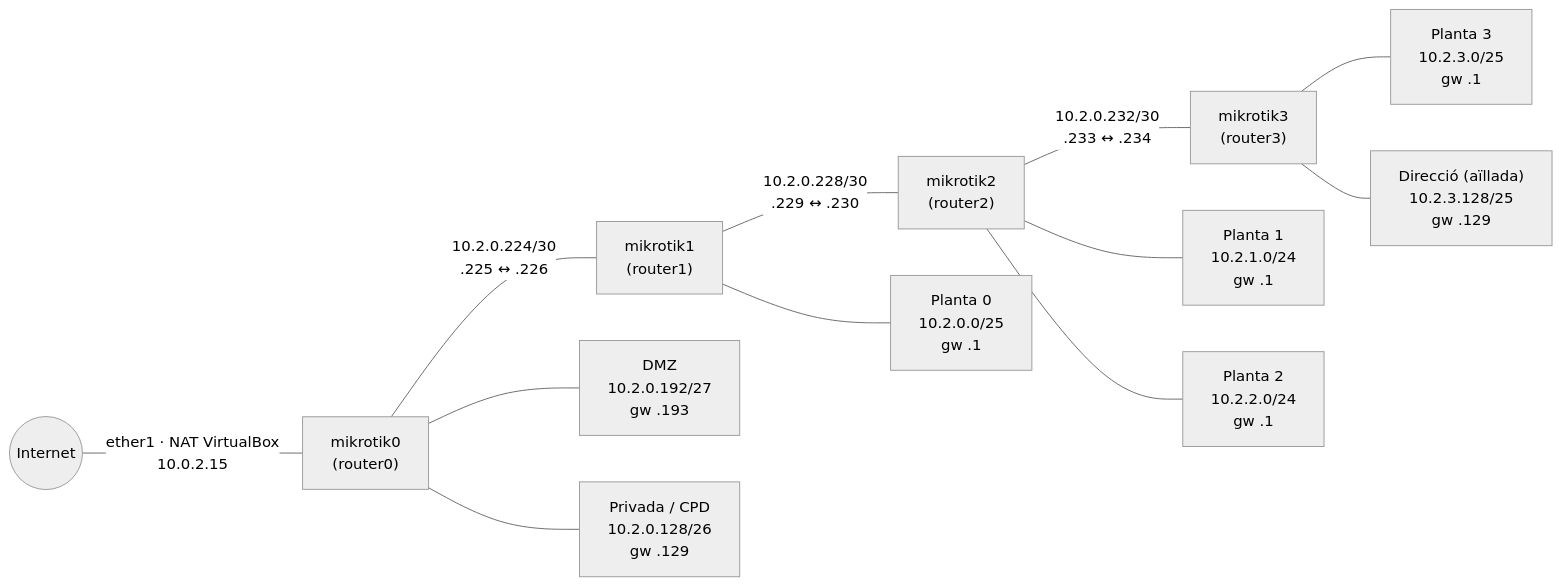
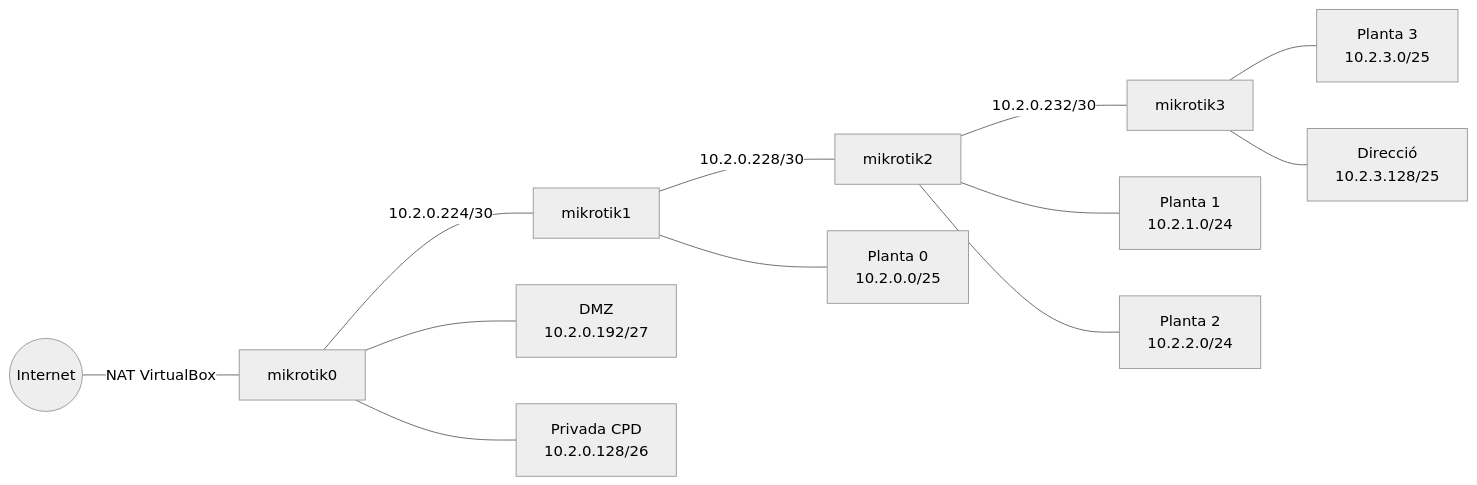
The diagram in docs/delegacio02.md (Jazh18-code/VirtualCorp), drawn with Mermaid (neutral theme) before and after one commit. The commit also changed other lines of this file and 11 other files, not shown here.

````diff
--- a/docs/delegacio02.md
+++ b/docs/delegacio02.md
@@ -45,21 +42,21 @@
 ```mermaid
 flowchart LR
     INET(("Internet"))
-    R0["mikrotik0<br/>(router0)"]
-    R1["mikrotik1<br/>(router1)"]
-    R2["mikrotik2<br/>(router2)"]
-    R3["mikrotik3<br/>(router3)"]
+    R0["mikrotik0"]
+    R1["mikrotik1"]
+    R2["mikrotik2"]
+    R3["mikrotik3"]
 
-    INET -- "ether1 · NAT VirtualBox<br/>10.0.2.15" --- R0
-    R0 -- "10.2.0.224/30<br/>.225 ↔ .226" --- R1
-    R1 -- "10.2.0.228/30<br/>.229 ↔ .230" --- R2
-    R2 -- "10.2.0.232/30<br/>.233 ↔ .234" --- R3
+    INET -- "NAT VirtualBox" --- R0
+    R0 -- "10.2.0.224/30" --- R1
+    R1 -- "10.2.0.228/30" --- R2
+    R2 -- "10.2.0.232/30" --- R3
 
-    R0 --- DMZ["DMZ<br/>10.2.0.192/27<br/>gw .193"]
-    R0 --- PRIV["Privada / CPD<br/>10.2.0.128/26<br/>gw .129"]
-    R1 --- PL0["Planta 0<br/>10.2.0.0/25<br/>gw .1"]
-    R2 --- PL1["Planta 1<br/>10.2.1.0/24<br/>gw .1"]
-    R2 --- PL2["Planta 2<br/>10.2.2.0/24<br/>gw .1"]
-    R3 --- PL3["Planta 3<br/>10.2.3.0/25<br/>gw .1"]
-    R3 --- DIR["Direcció (aïllada)<br/>10.2.3.128/25<br/>gw .129"]
+    R0 --- DMZ["DMZ<br/>10.2.0.192/27"]
+    R0 --- PRIV["Privada CPD<br/>10.2.0.128/26"]
+    R1 --- PL0["Planta 0<br/>10.2.0.0/25"]
+    R2 --- PL1["Planta 1<br/>10.2.1.0/24"]
+    R2 --- PL2["Planta 2<br/>10.2.2.0/24"]
+    R3 --- PL3["Planta 3<br/>10.2.3.0/25"]
+    R3 --- DIR["Direcció<br/>10.2.3.128/25"]
 ```
````
